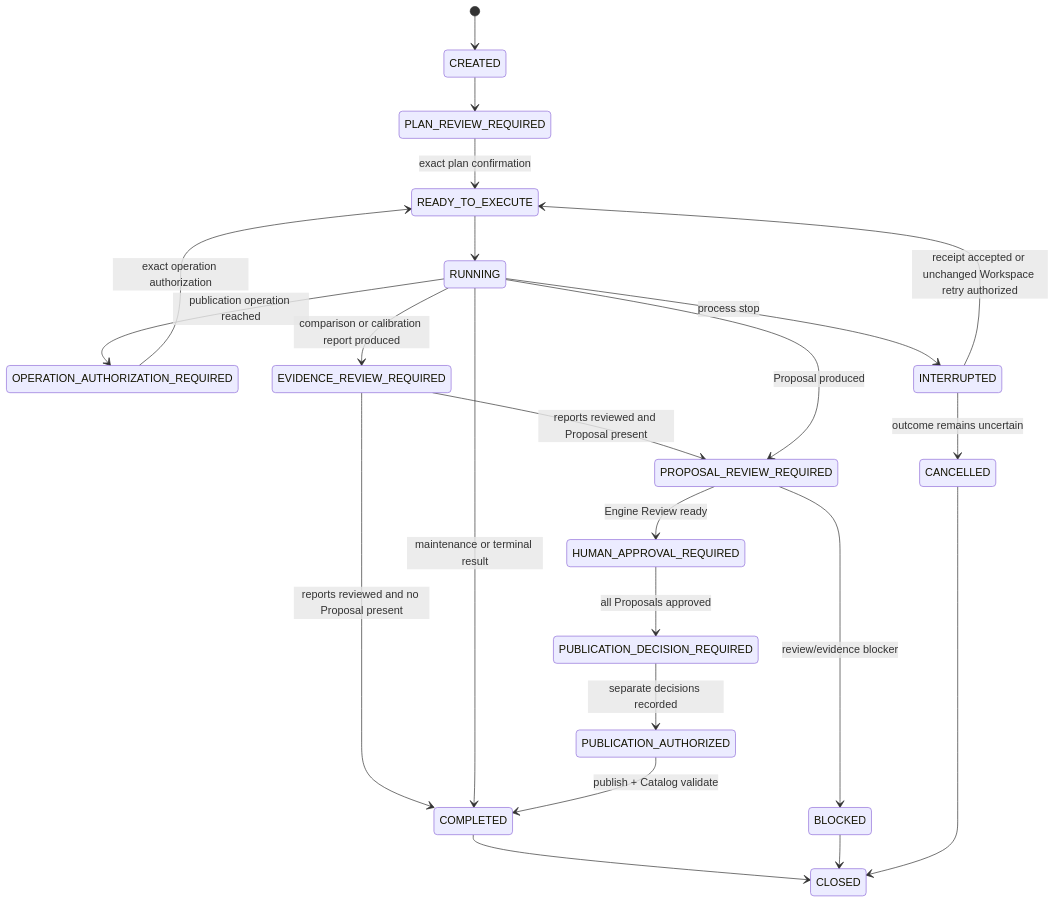
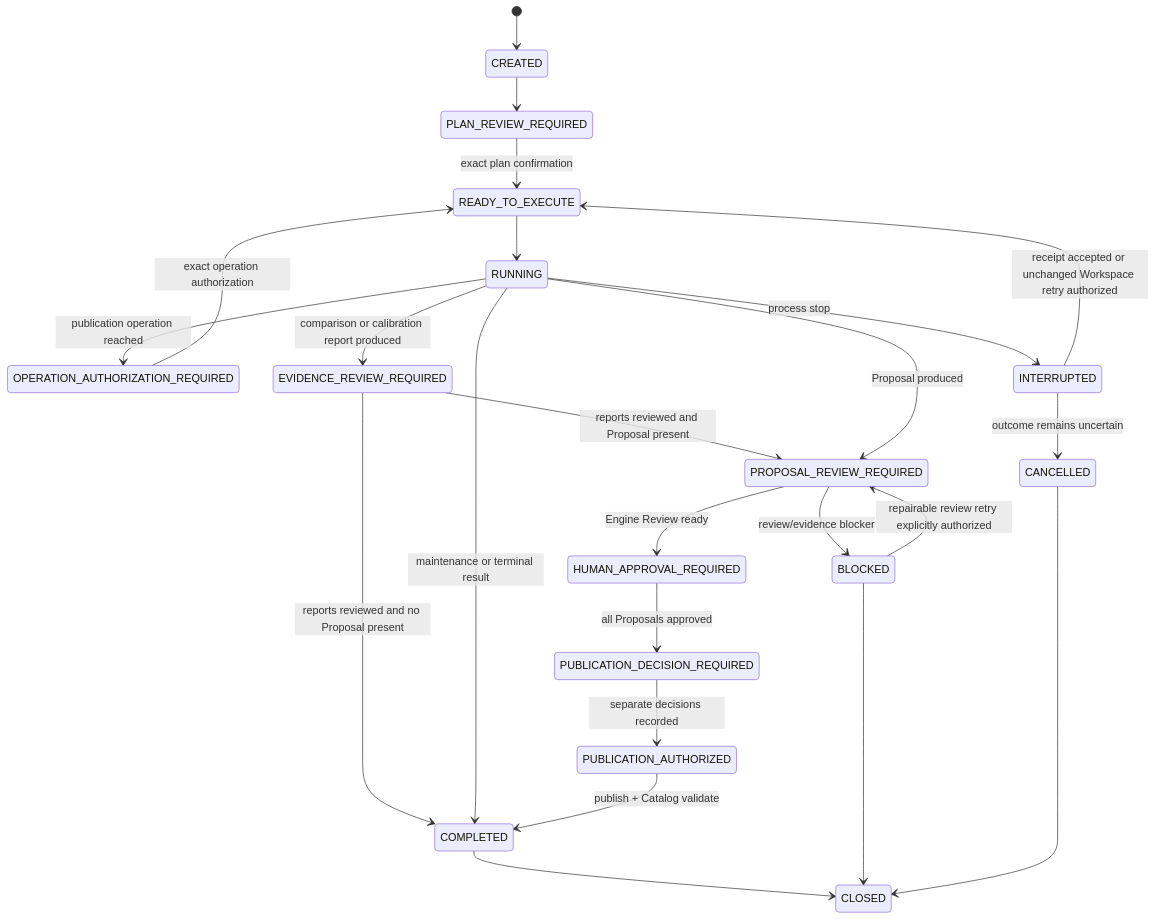
One commit to yeliang-wang/evopilot-harness changed the diagram in docs/agent/session-protocol.md. Above: the diagram before and after it, drawn with Mermaid. The commit also changed other lines of this file and 56 other files, not shown here.

````diff
--- a/docs/agent/session-protocol.md
+++ b/docs/agent/session-protocol.md
@@ -24,25 +24,26 @@
 ```mermaid
 stateDiagram-v2
   [*] --> CREATED
   CREATED --> PLAN_REVIEW_REQUIRED
   PLAN_REVIEW_REQUIRED --> READY_TO_EXECUTE: exact plan confirmation
   READY_TO_EXECUTE --> RUNNING
   RUNNING --> OPERATION_AUTHORIZATION_REQUIRED: publication operation reached
   OPERATION_AUTHORIZATION_REQUIRED --> READY_TO_EXECUTE: exact operation authorization
   RUNNING --> EVIDENCE_REVIEW_REQUIRED: comparison or calibration report produced
   EVIDENCE_REVIEW_REQUIRED --> PROPOSAL_REVIEW_REQUIRED: reports reviewed and Proposal present
   EVIDENCE_REVIEW_REQUIRED --> COMPLETED: reports reviewed and no Proposal present
   RUNNING --> PROPOSAL_REVIEW_REQUIRED: Proposal produced
   RUNNING --> COMPLETED: maintenance or terminal result
   RUNNING --> INTERRUPTED: process stop
   INTERRUPTED --> READY_TO_EXECUTE: receipt accepted or unchanged Workspace retry authorized
   INTERRUPTED --> CANCELLED: outcome remains uncertain
   PROPOSAL_REVIEW_REQUIRED --> HUMAN_APPROVAL_REQUIRED: Engine Review ready
   PROPOSAL_REVIEW_REQUIRED --> BLOCKED: review/evidence blocker
+  BLOCKED --> PROPOSAL_REVIEW_REQUIRED: repairable review retry explicitly authorized
   HUMAN_APPROVAL_REQUIRED --> PUBLICATION_DECISION_REQUIRED: all Proposals approved
   PUBLICATION_DECISION_REQUIRED --> PUBLICATION_AUTHORIZED: separate decisions recorded
   PUBLICATION_AUTHORIZED --> COMPLETED: publish + Catalog validate
   COMPLETED --> CLOSED
   BLOCKED --> CLOSED
   CANCELLED --> CLOSED
 ```
````
